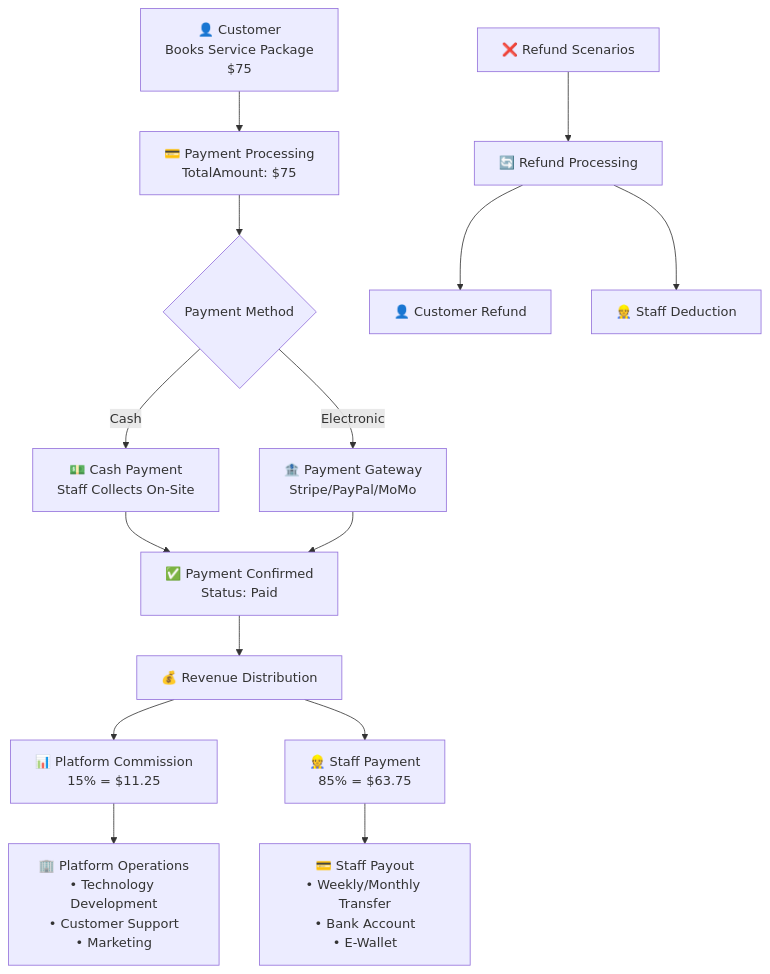
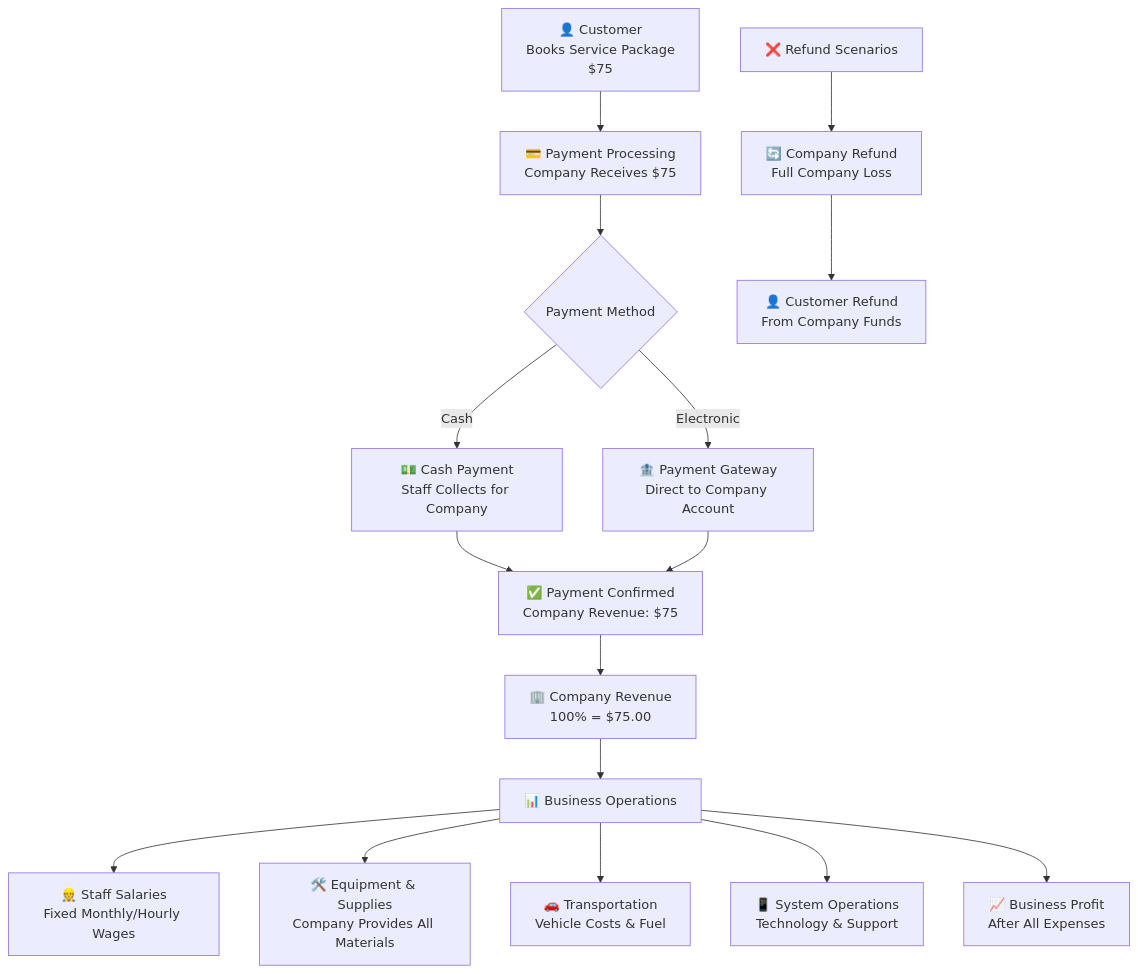
One commit to HomeCleaningServiceMobile/MobileHomeServiceApi changed diagram 11 of 12 in PROJECT_FLOWS.md. Above: the diagram before and after it, drawn with Mermaid. The commit also changed other lines of this file, not shown here.

````diff
--- a/PROJECT_FLOWS.md
+++ b/PROJECT_FLOWS.md
@@ -610,22 +905,22 @@
 ```mermaid
 graph TD
-    A["👤 Customer<br/>Books Service Package<br/>$75"] --> B["💳 Payment Processing<br/>TotalAmount: $75"]
+    A["👤 Customer<br/>Books Service Package<br/>$75"] --> B["💳 Payment Processing<br/>Company Receives $75"]
     B --> C{"Payment Method"}
-    C -->|Cash| D["💵 Cash Payment<br/>Staff Collects On-Site"]
-    C -->|Electronic| E["🏦 Payment Gateway<br/>Stripe/PayPal/MoMo"]
+    C -->|Cash| D["💵 Cash Payment<br/>Staff Collects for Company"]
+    C -->|Electronic| E["🏦 Payment Gateway<br/>Direct to Company Account"]
     
-    D --> F["✅ Payment Confirmed<br/>Status: Paid"]
+    D --> F["✅ Payment Confirmed<br/>Company Revenue: $75"]
     E --> F
     
-    F --> G["💰 Revenue Distribution"]
-    G --> H["📊 Platform Commission<br/>15% = $11.25"]
-    G --> I["👷 Staff Payment<br/>85% = $63.75"]
+    F --> G["🏢 Company Revenue<br/>100% = $75.00"]
+    G --> H["📊 Business Operations"]
     
-    H --> J["🏢 Platform Operations<br/>• Technology Development<br/>• Customer Support<br/>• Marketing"]
+    H --> I["👷 Staff Salaries<br/>Fixed Monthly/Hourly Wages"]
+    H --> J["🛠️ Equipment & Supplies<br/>Company Provides All Materials"]
+    H --> K["🚗 Transportation<br/>Vehicle Costs & Fuel"]
+    H --> L["📱 System Operations<br/>Technology & Support"]
+    H --> M["📈 Business Profit<br/>After All Expenses"]
     
-    I --> K["💳 Staff Payout<br/>• Weekly/Monthly Transfer<br/>• Bank Account<br/>• E-Wallet"]
-    
-    L["❌ Refund Scenarios"] --> M["🔄 Refund Processing"]
-    M --> N["👤 Customer Refund"]
-    M --> O["👷 Staff Deduction"]
+    N["❌ Refund Scenarios"] --> O["🔄 Company Refund<br/>Full Company Loss"]
+    O --> P["👤 Customer Refund<br/>From Company Funds"]
 ```
````
